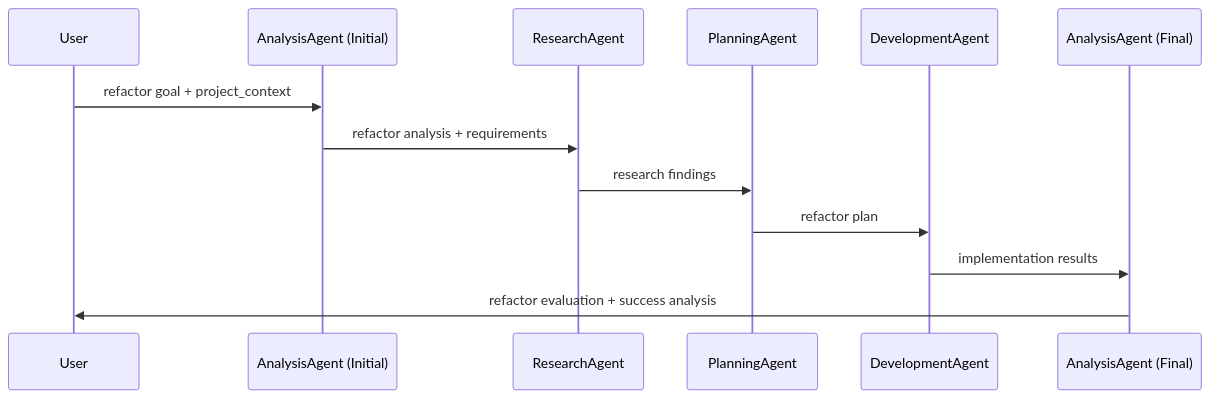
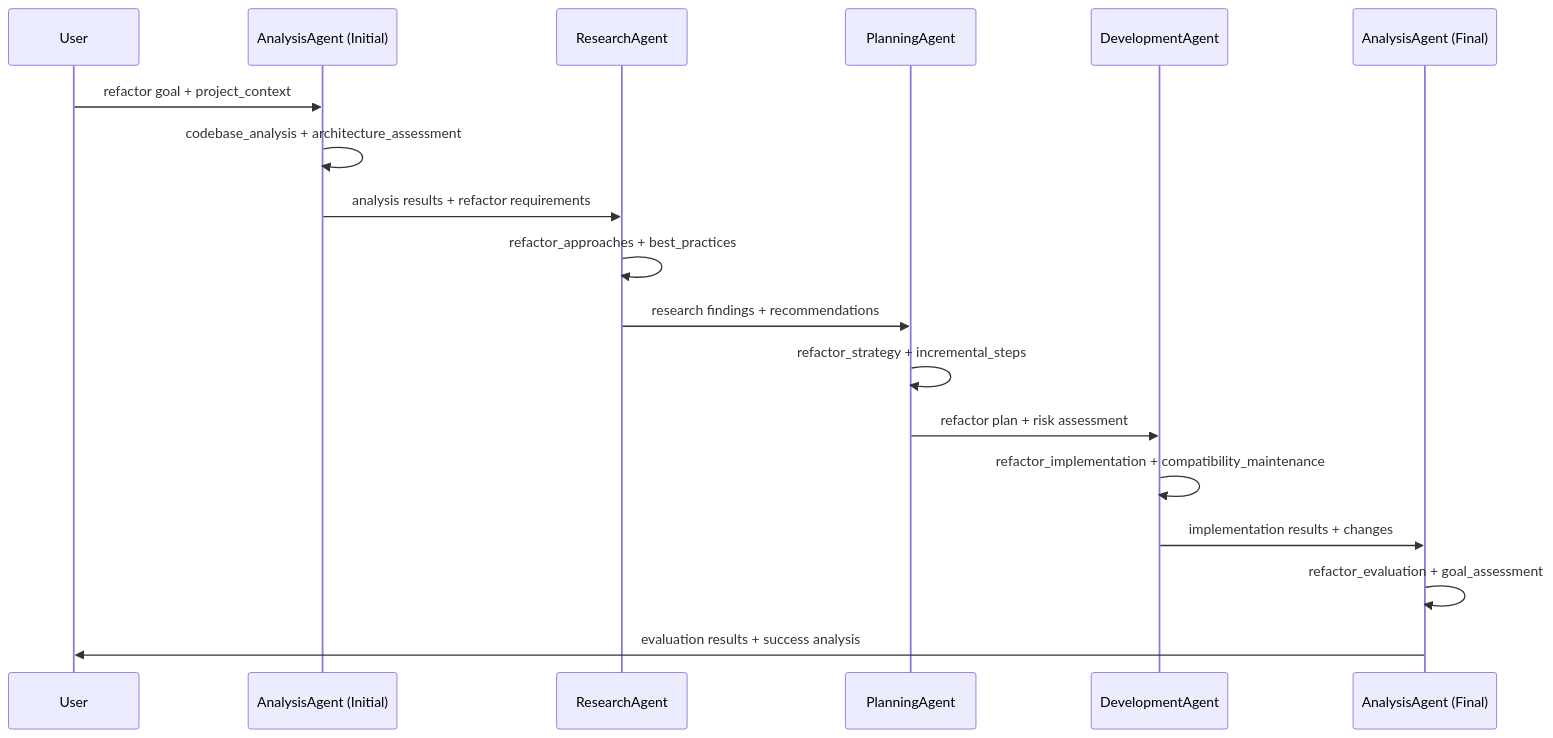
One commit to chungoid/swarmdev changed the sixth of 13 diagrams in docs/architecture/workflows/workflows_architecture.md. Above: the diagram before and after it, drawn with Mermaid. The commit also changed other lines of this file, not shown here.

````diff
--- a/docs/architecture/workflows/workflows_architecture.md
+++ b/docs/architecture/workflows/workflows_architecture.md
@@ -186,16 +188,21 @@
 ```mermaid
 sequenceDiagram
     participant User
     participant AnalysisAgent as AnalysisAgent (Initial)
     participant ResearchAgent
     participant PlanningAgent
     participant DevelopmentAgent
     participant AnalysisAgent2 as AnalysisAgent (Final)
     
     User->>AnalysisAgent: refactor goal + project_context
-    AnalysisAgent->>ResearchAgent: refactor analysis + requirements
-    ResearchAgent->>PlanningAgent: research findings
-    PlanningAgent->>DevelopmentAgent: refactor plan
-    DevelopmentAgent->>AnalysisAgent2: implementation results
-    AnalysisAgent2->>User: refactor evaluation + success analysis
+    AnalysisAgent->>AnalysisAgent: codebase_analysis + architecture_assessment
+    AnalysisAgent->>ResearchAgent: analysis results + refactor requirements
+    ResearchAgent->>ResearchAgent: refactor_approaches + best_practices
+    ResearchAgent->>PlanningAgent: research findings + recommendations
+    PlanningAgent->>PlanningAgent: refactor_strategy + incremental_steps
+    PlanningAgent->>DevelopmentAgent: refactor plan + risk assessment
+    DevelopmentAgent->>DevelopmentAgent: refactor_implementation + compatibility_maintenance
+    DevelopmentAgent->>AnalysisAgent2: implementation results + changes
+    AnalysisAgent2->>AnalysisAgent2: refactor_evaluation + goal_assessment
+    AnalysisAgent2->>User: evaluation results + success analysis
 ```
````
